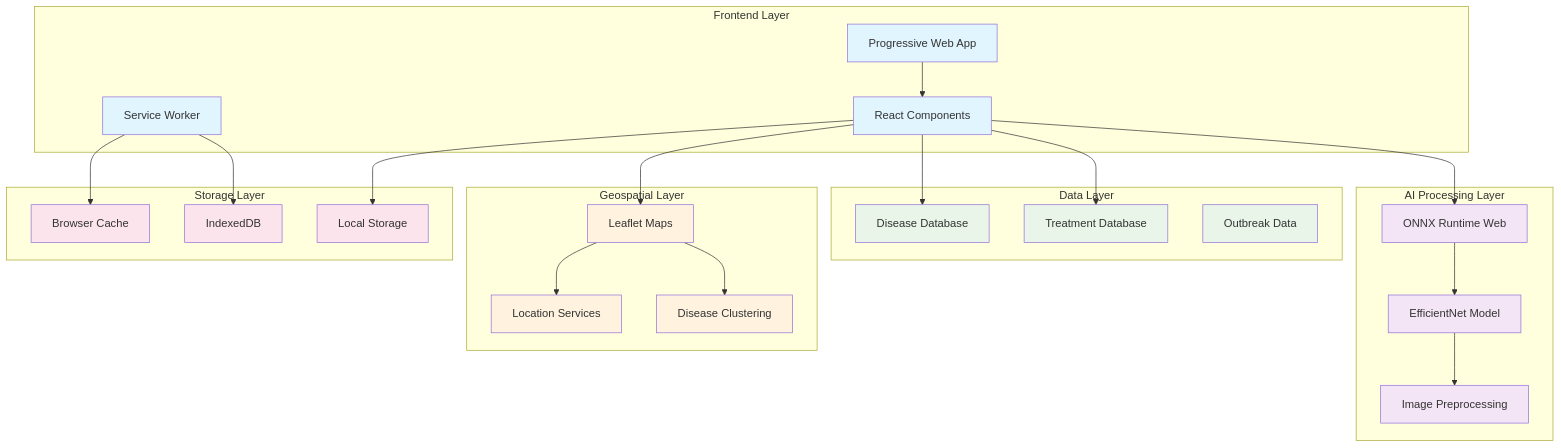
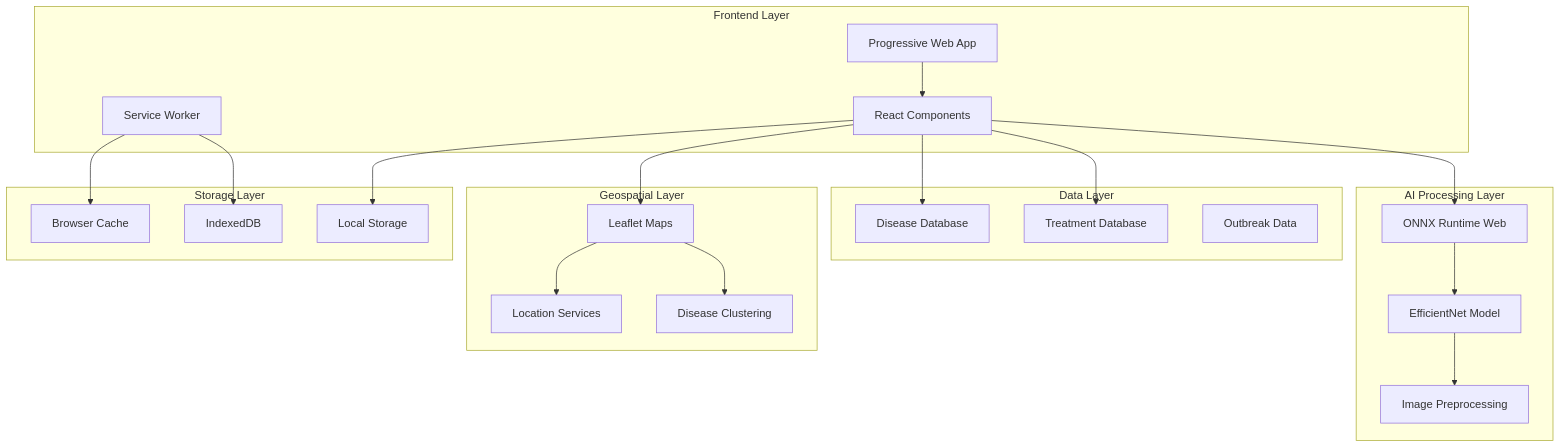
The first of 3 diagrams in README.md (soloeinsteinmit/sonu-ai), drawn with Mermaid before and after one commit. The commit also changed other lines of this file, not shown here.

Commit message:
Update README.md with new project links and remove unused class definitions
- Changed the live demo link to the updated URL for AgriSentry.
- Updated the GitHub repository link to reflect the correct username.
- Removed unused class definitions for better clarity and organization in the documentation.

````diff
--- a/README.md
+++ b/README.md
@@ -42,57 +42,53 @@
 ```mermaid
 graph TB
     subgraph "Frontend Layer"
         PWA[Progressive Web App]
         UI[React Components]
         SW[Service Worker]
     end
     
     subgraph "AI Processing Layer"
         ONNX[ONNX Runtime Web]
         MODEL[EfficientNet Model]
         PROC[Image Preprocessing]
     end
     
     subgraph "Data Layer"
         DISEASES[Disease Database]
         TREATMENTS[Treatment Database]
         OUTBREAKS[Outbreak Data]
     end
     
     subgraph "Geospatial Layer"
         MAP[Leaflet Maps]
         GPS[Location Services]
         CLUSTER[Disease Clustering]
     end
     
     subgraph "Storage Layer"
         CACHE[Browser Cache]
         IDB[IndexedDB]
         LOCAL[Local Storage]
     end
     
     PWA --> UI
     UI --> ONNX
     ONNX --> MODEL
     MODEL --> PROC
     UI --> DISEASES
     UI --> TREATMENTS
     UI --> MAP
     MAP --> GPS
     MAP --> CLUSTER
     SW --> CACHE
     SW --> IDB
     UI --> LOCAL
     
-    classDef frontend fill:#e1f5fe
-    classDef ai fill:#f3e5f5
-    classDef data fill:#e8f5e8
-    classDef geo fill:#fff3e0
-    classDef storage fill:#fce4ec
+
     
     class PWA,UI,SW frontend
     class ONNX,MODEL,PROC ai
     class DISEASES,TREATMENTS,OUTBREAKS data
     class MAP,GPS,CLUSTER geo
     class CACHE,IDB,LOCAL storage
 ```
````
